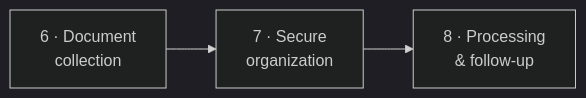
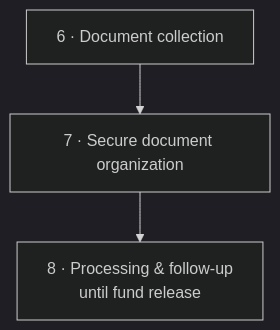
Before and after one commit to CamilaNacli/mortgage-financing-operations: the second of 4 diagrams in docs/workflow.md, drawn with Mermaid (dark theme). The commit also changed other lines of this file and 2 other files, not shown here.

Commit message:
Fix phase A flow; document aggregation, import and fictional-data rules

````diff
--- a/docs/workflow.md
+++ b/docs/workflow.md
@@ -30,4 +22,4 @@
 ```mermaid
-flowchart LR
-    S6["6 · Document<br/>collection"] --> S7["7 · Secure<br/>organization"] --> S8["8 · Processing<br/>& follow-up"]
+flowchart TB
+    S6["6 · Document collection"] --> S7["7 · Secure document organization"] --> S8["8 · Processing & follow-up<br/>until fund release"]
 ```
````
